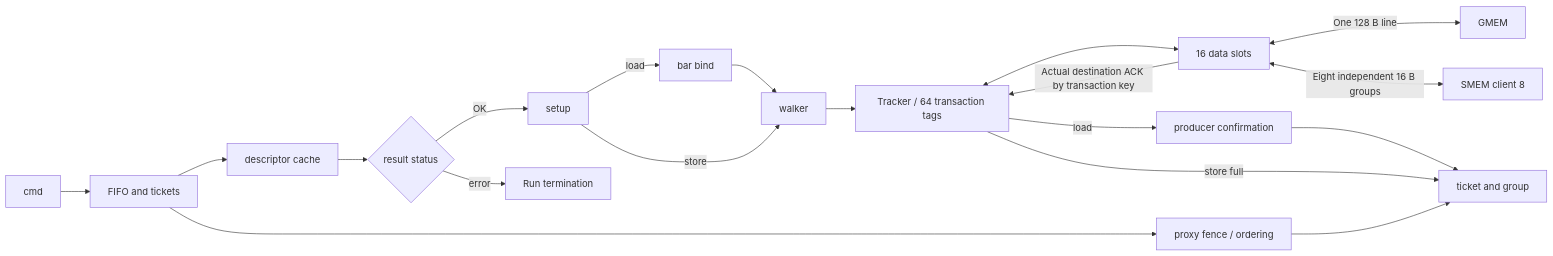
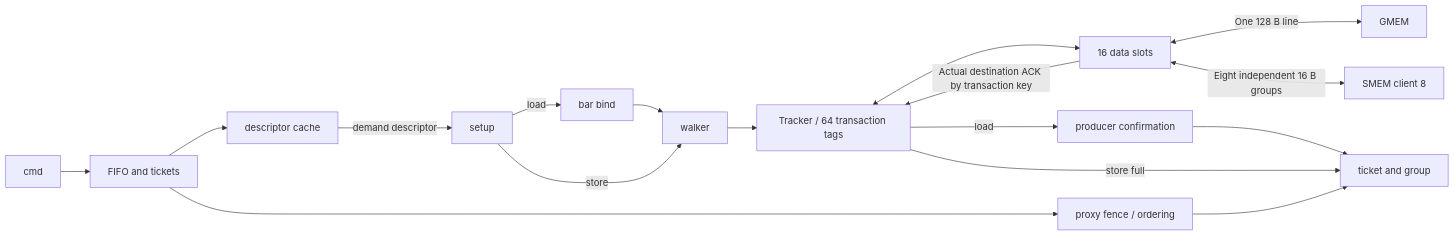
One commit to yuhin777/Allegro changed the diagram in doc/rtl_specs/tma/blackwell_tma_unit.md. Above: the diagram before and after it, drawn with Mermaid. The commit also changed other lines of this file and 27 other files, not shown here.

````diff
--- a/doc/rtl_specs/tma/blackwell_tma_unit.md
+++ b/doc/rtl_specs/tma/blackwell_tma_unit.md
@@ -28,22 +27,20 @@
 ```mermaid
 flowchart LR
   I[cmd] --> Q[FIFO and tickets]
   Q --> C[descriptor cache]
-  C --> G{result status}
-  G -->|OK| S[setup]
-  G -->|error| XFAULT["Run termination"]
+  C -->|demand descriptor| S[setup]
   F[ticket and group]
   S -->|load| B[bar bind]
   B --> W[walker]
   S -->|store| W
   W --> T["Tracker / 64 transaction tags"]
   T <--> D["16 data slots"]
   D <-->|One 128 B line| GM[GMEM]
   D <-->|Eight independent 16 B groups| SM[SMEM client 8]
   D -->|Actual destination ACK by transaction key| T
   T -->|load| P[producer confirmation]
   P --> F
   T -->|store full| F
   Q --> X[proxy fence / ordering]
   X --> F
 ```
````
